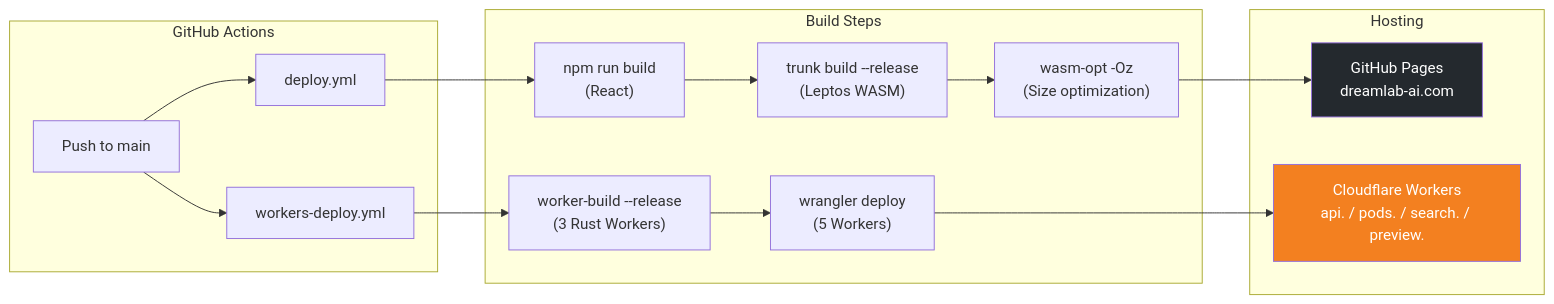
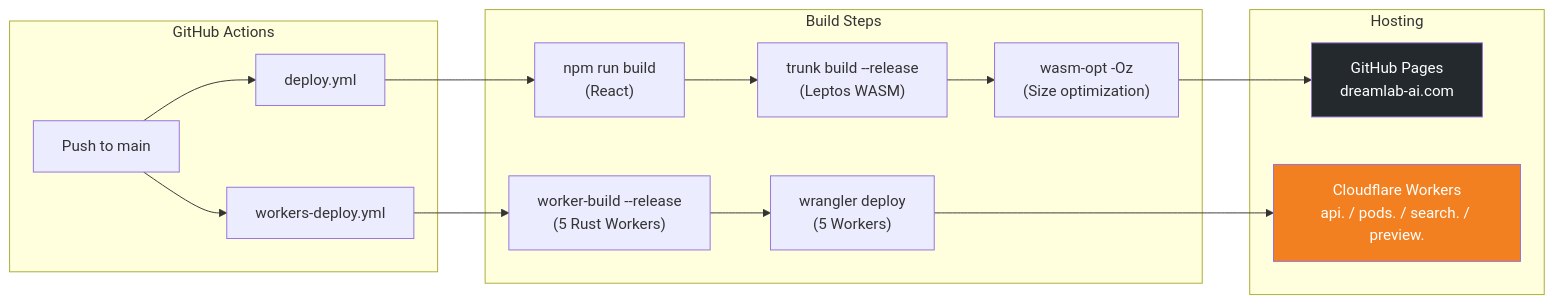
One commit to DreamLab-AI/dreamlab-ai-website changed the second of 2 diagrams in README.md. Above: the diagram before and after it, drawn with Mermaid. The commit also changed other lines of this file and 2 other files, not shown here.

````diff
--- a/README.md
+++ b/README.md
@@ -205,29 +206,29 @@
 ```mermaid
 graph LR
     subgraph "GitHub Actions"
         PUSH["Push to main"]
         DEPLOY_YML["deploy.yml"]
         WORKERS_YML["workers-deploy.yml"]
     end
 
     subgraph "Build Steps"
         NPM["npm run build<br/>(React)"]
         TRUNK["trunk build --release<br/>(Leptos WASM)"]
         WASM_OPT["wasm-opt -Oz<br/>(Size optimization)"]
-        WORKER_BUILD["worker-build --release<br/>(3 Rust Workers)"]
+        WORKER_BUILD["worker-build --release<br/>(5 Rust Workers)"]
         WRANGLER["wrangler deploy<br/>(5 Workers)"]
     end
 
     subgraph "Hosting"
         GH_PAGES["GitHub Pages<br/>dreamlab-ai.com"]
         CF_WORKERS["Cloudflare Workers<br/>api. / pods. / search. / preview."]
     end
 
     PUSH --> DEPLOY_YML
     PUSH --> WORKERS_YML
     DEPLOY_YML --> NPM --> TRUNK --> WASM_OPT --> GH_PAGES
     WORKERS_YML --> WORKER_BUILD --> WRANGLER --> CF_WORKERS
 
     style GH_PAGES fill:#24292e,color:#fff
     style CF_WORKERS fill:#F38020,color:#fff
 ```
````
